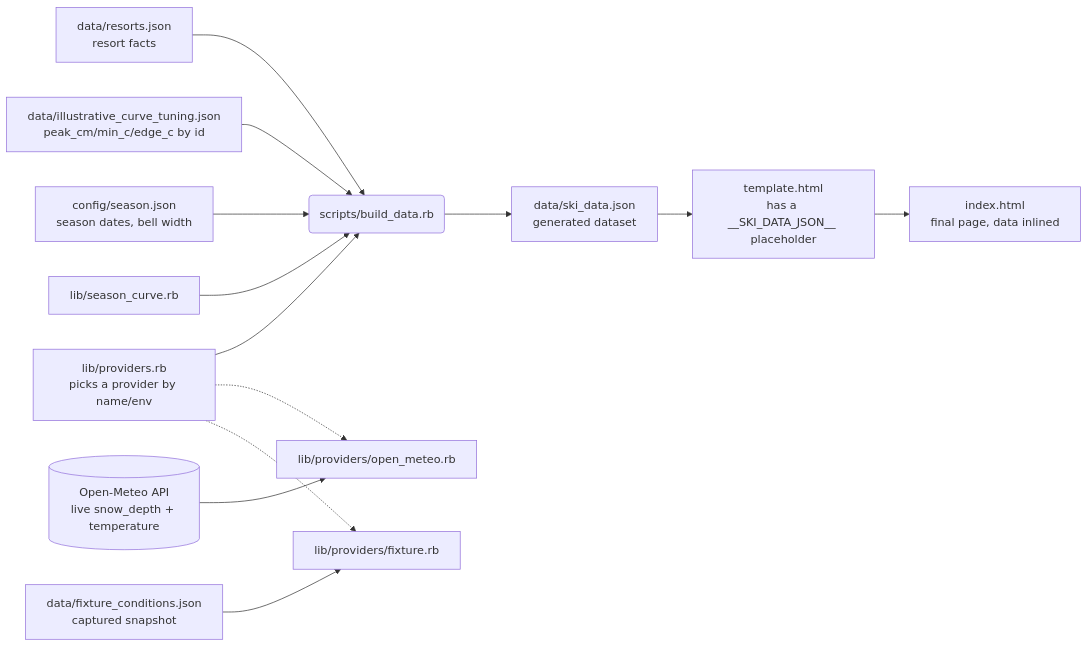
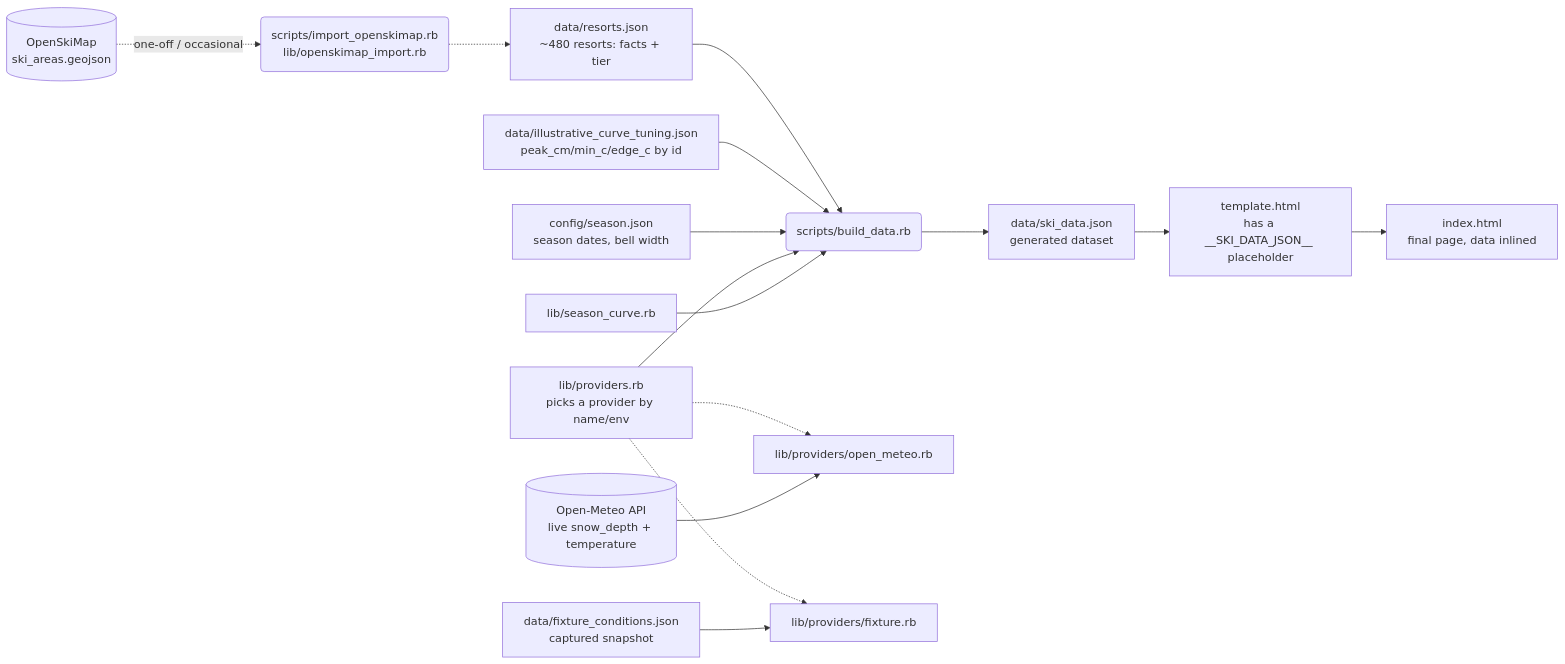
The diagram in docs/ARCHITECTURE.md (cedjec-sketcher/foray-ski-adventure), drawn with Mermaid before and after one commit. The commit also changed other lines of this file and 11 other files, not shown here.

First line of the commit message:
Browse ~480 resorts: zoom reveal, list filters, dimming, list follows map

````diff
--- a/docs/ARCHITECTURE.md
+++ b/docs/ARCHITECTURE.md
@@ -22,15 +23,17 @@
 ```mermaid
 flowchart LR
-  R[data/resorts.json<br/>resort facts] --> B(scripts/build_data.rb)
+  OSK[(OpenSkiMap<br/>ski_areas.geojson)] -.->|one-off / occasional| IMP(scripts/import_openskimap.rb<br/>lib/openskimap_import.rb)
+  IMP -.-> R
+  R[data/resorts.json<br/>~480 resorts: facts + tier] --> B(scripts/build_data.rb)
   TU[data/illustrative_curve_tuning.json<br/>peak_cm/min_c/edge_c by id] --> B
   CFG[config/season.json<br/>season dates, bell width] --> B
   PR[lib/providers.rb<br/>picks a provider by name/env] --> B
   C[lib/season_curve.rb] --> B
   PR -.-> OMP[lib/providers/open_meteo.rb]
   PR -.-> FXP[lib/providers/fixture.rb]
   OM[(Open-Meteo API<br/>live snow_depth + temperature)] --> OMP
   FX[data/fixture_conditions.json<br/>captured snapshot] --> FXP
   B --> S[data/ski_data.json<br/>generated dataset]
   S --> T[template.html<br/>has a __SKI_DATA_JSON__ placeholder]
   T --> I[index.html<br/>final page, data inlined]
 ```
````
